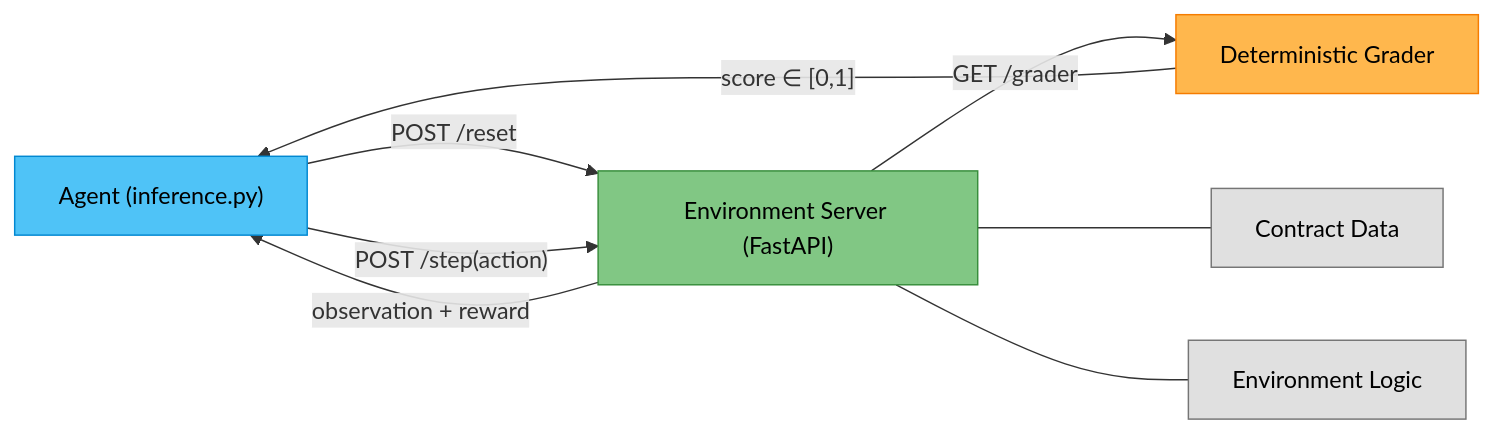
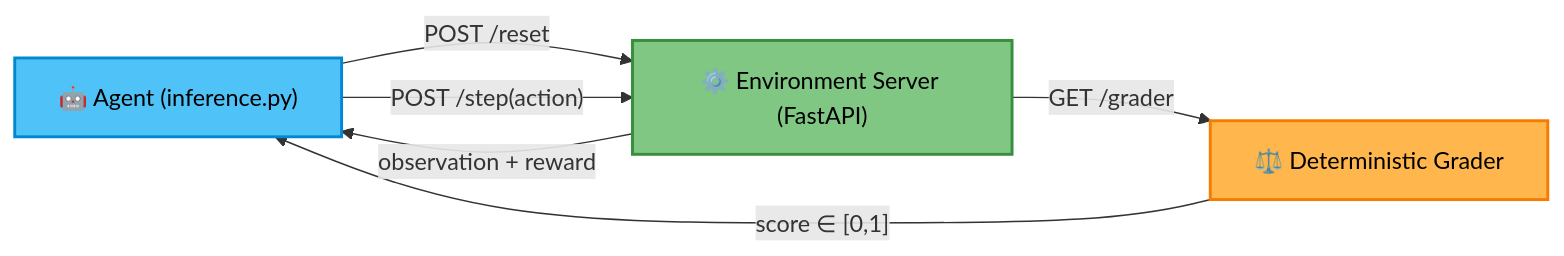
One commit to apbhatt2007-ctrl/contract-clause-env changed the diagram in README.md. Above: the diagram before and after it, drawn with Mermaid. The commit also changed other lines of this file, not shown here.

````diff
--- a/README.md
+++ b/README.md
@@ -22,16 +68,12 @@
 ```mermaid
 graph LR
-    A["Agent (inference.py)"] -->|"POST /reset"| S["Environment Server (FastAPI)"]
+    A["🤖 Agent (inference.py)"] -->|"POST /reset"| S["⚙️ Environment Server (FastAPI)"]
     A -->|"POST /step(action)"| S
     S -->|"observation + reward"| A
-    S -->|"GET /grader"| G["Deterministic Grader"]
+    S -->|"GET /grader"| G["⚖️ Deterministic Grader"]
     G -->|"score ∈ [0,1]"| A
-    S --- D["Contract Data"]
-    S --- E["Environment Logic"]
     
-    style A fill:#4fc3f7,stroke:#0288d1,color:#000
-    style S fill:#81c784,stroke:#388e3c,color:#000
-    style G fill:#ffb74d,stroke:#f57c00,color:#000
-    style D fill:#e0e0e0,stroke:#757575,color:#000
-    style E fill:#e0e0e0,stroke:#757575,color:#000
+    style A fill:#4fc3f7,stroke:#0288d1,color:#000,stroke-width:2px
+    style S fill:#81c784,stroke:#388e3c,color:#000,stroke-width:2px
+    style G fill:#ffb74d,stroke:#f57c00,color:#000,stroke-width:2px
 ```
````
